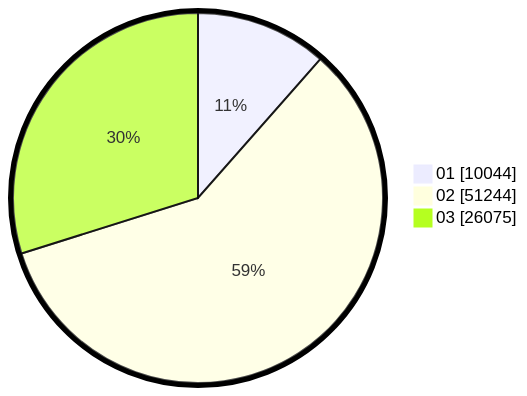
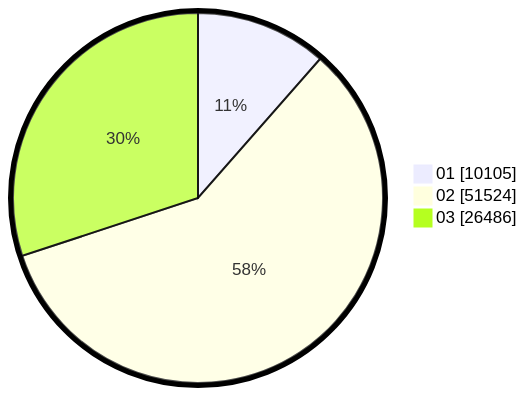
Before and after one commit to gigit-pemilu/pemilu-2024: the second of 2 diagrams in pilpres/hitung-suara/sub/table-wilayah-92.md, drawn with Mermaid. The commit also changed other lines of this file and 5 other files, not shown here.

````diff
--- a/pilpres/hitung-suara/sub/table-wilayah-92.md
+++ b/pilpres/hitung-suara/sub/table-wilayah-92.md
@@ -15,7 +15,7 @@
 ```mermaid
 %%{init: {"pie": {"textPosition": 0.5}, "themeVariables": {"pieOuterStrokeWidth": "5px"}} }%%
 pie showData
-    "01" : 10044
-    "02" : 51244
-    "03" : 26075
+    "01" : 10105
+    "02" : 51524
+    "03" : 26486
 ```
````
